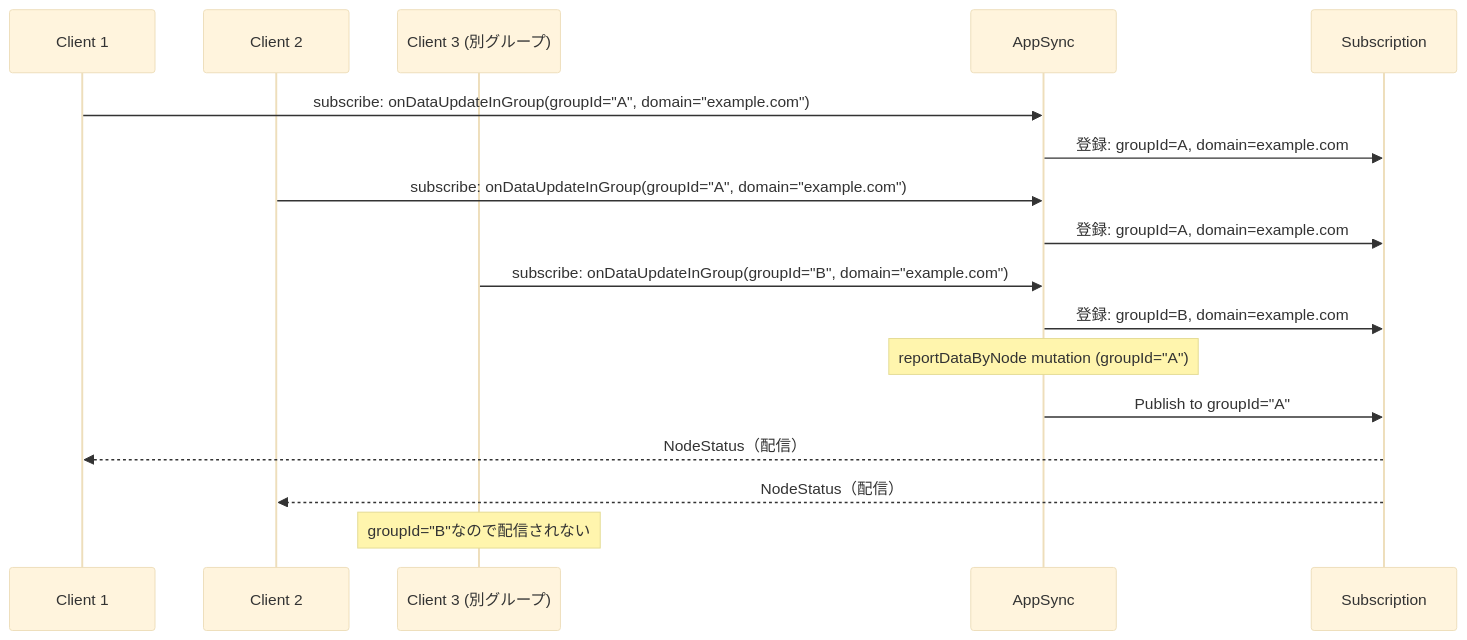
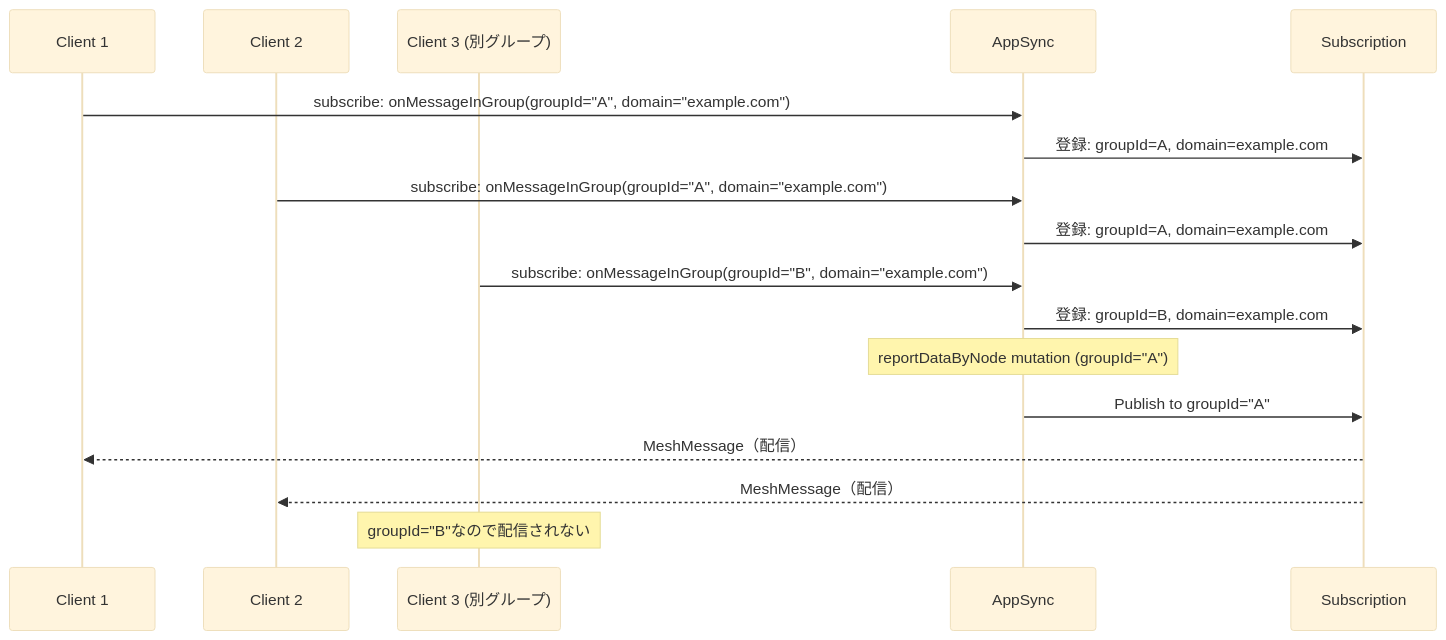
The seventh of 10 diagrams in docs/architecture.md (smalruby/mesh-v2), drawn with Mermaid (base theme) before and after one commit. The commit also changed other lines of this file and 5 other files, not shown here.

````diff
--- a/docs/architecture.md
+++ b/docs/architecture.md
@@ -232,24 +232,24 @@
 ```mermaid
 sequenceDiagram
     participant Client1 as Client 1
     participant Client2 as Client 2
     participant Client3 as Client 3 (別グループ)
     participant AppSync
     participant Subscription
 
-    Client1->>AppSync: subscribe: onDataUpdateInGroup(groupId="A", domain="example.com")
+    Client1->>AppSync: subscribe: onMessageInGroup(groupId="A", domain="example.com")
     AppSync->>Subscription: 登録: groupId=A, domain=example.com
 
-    Client2->>AppSync: subscribe: onDataUpdateInGroup(groupId="A", domain="example.com")
+    Client2->>AppSync: subscribe: onMessageInGroup(groupId="A", domain="example.com")
     AppSync->>Subscription: 登録: groupId=A, domain=example.com
 
-    Client3->>AppSync: subscribe: onDataUpdateInGroup(groupId="B", domain="example.com")
+    Client3->>AppSync: subscribe: onMessageInGroup(groupId="B", domain="example.com")
     AppSync->>Subscription: 登録: groupId=B, domain=example.com
 
     Note over AppSync: reportDataByNode mutation (groupId="A")
     AppSync->>Subscription: Publish to groupId="A"
 
-    Subscription-->>Client1: NodeStatus（配信）
-    Subscription-->>Client2: NodeStatus（配信）
+    Subscription-->>Client1: MeshMessage（配信）
+    Subscription-->>Client2: MeshMessage（配信）
     Note over Client3: groupId="B"なので配信されない
 ```
````
